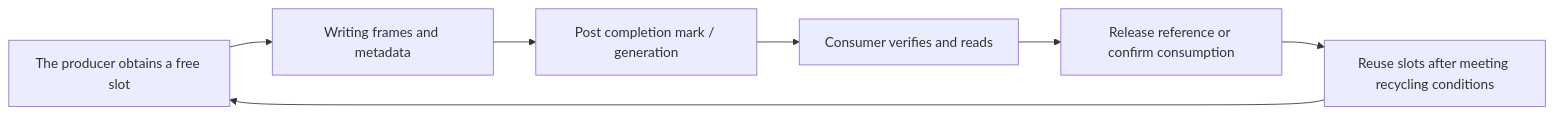
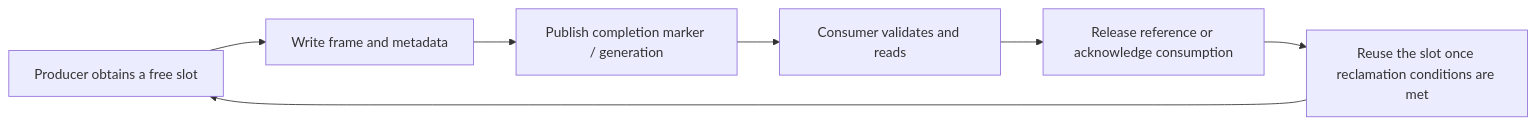
One commit to TingdeLiu/tingdeliu.github.io changed the fifth of 7 diagrams in _translations/en/research/Embodied-Agent-Harness-Survey.md. Above: the diagram before and after it, drawn with Mermaid. The commit also changed other lines of this file and 51 other files, not shown here.

````diff
--- a/_translations/en/research/Embodied-Agent-Harness-Survey.md
+++ b/_translations/en/research/Embodied-Agent-Harness-Survey.md
@@ -354,9 +354,9 @@
 ```mermaid
 flowchart LR
-    Producer["The producer obtains a free slot"] --> Write["Writing frames and metadata"]
-    Write --> Publish["Post completion mark / generation"]
-    Publish --> Read["Consumer verifies and reads"]
-    Read --> Release["Release reference or confirm consumption"]
-    Release --> Reuse["Reuse slots after meeting recycling conditions"]
+    Producer["Producer obtains a free slot"] --> Write["Write frame and metadata"]
+    Write --> Publish["Publish completion marker / generation"]
+    Publish --> Read["Consumer validates and reads"]
+    Read --> Release["Release reference or acknowledge consumption"]
+    Release --> Reuse["Reuse the slot once reclamation conditions are met"]
     Reuse --> Producer
 ```
````
